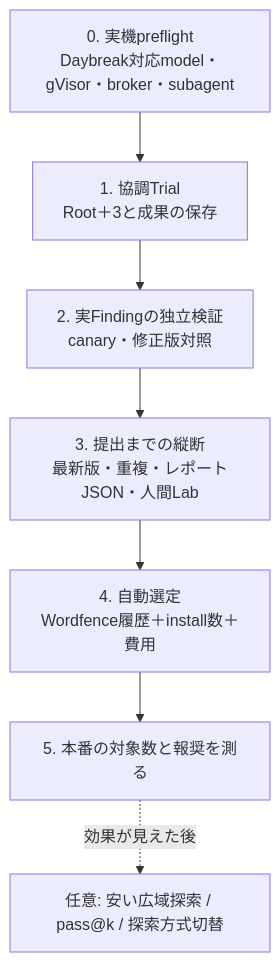
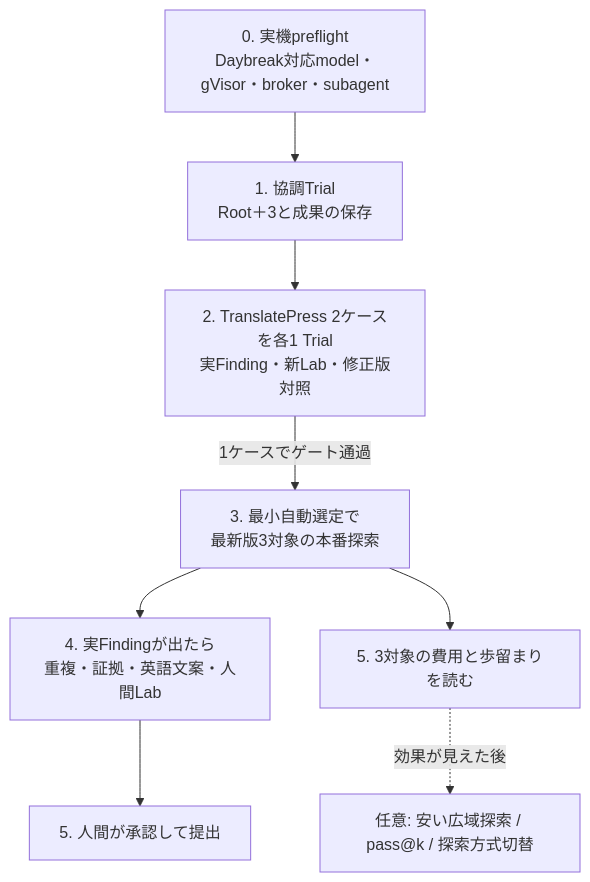
Before and after one commit to momoponwork1415-lgtm/wordpress-bounty-harness: the second of 2 diagrams in docs/IMPLEMENTATION-PLAN.md, drawn with Mermaid. The commit also changed other lines of this file and 13 other files, not shown here.

Commit message:
Define TranslatePress readiness gate and production pilot

````diff
--- a/docs/IMPLEMENTATION-PLAN.md
+++ b/docs/IMPLEMENTATION-PLAN.md
@@ -38,9 +37,10 @@
 ```mermaid
 flowchart TB
   P0[0. 実機preflight<br/>Daybreak対応model・gVisor・broker・subagent] --> P1[1. 協調Trial<br/>Root＋3と成果の保存]
-  P1 --> P2[2. 実Findingの独立検証<br/>canary・修正版対照]
-  P2 --> P3[3. 提出までの縦断<br/>最新版・重複・レポートJSON・人間Lab]
-  P3 --> P4[4. 自動選定<br/>Wordfence履歴＋install数＋費用]
-  P4 --> P5[5. 本番の対象数と報奨を測る]
+  P1 --> P2[2. TranslatePress 2ケースを各1 Trial<br/>実Finding・新Lab・修正版対照]
+  P2 -->|1ケースでゲート通過| P3[3. 最小自動選定で<br/>最新版3対象の本番探索]
+  P3 --> P4[4. 実Findingが出たら<br/>重複・証拠・英語文案・人間Lab]
+  P3 --> P5[5. 3対象の費用と歩留まりを読む]
+  P4 --> P6[5. 人間が承認して提出]
   P5 -.効果が見えた後.-> O[任意: 安い広域探索 / pass@k / 探索方式切替]
 ```
````
